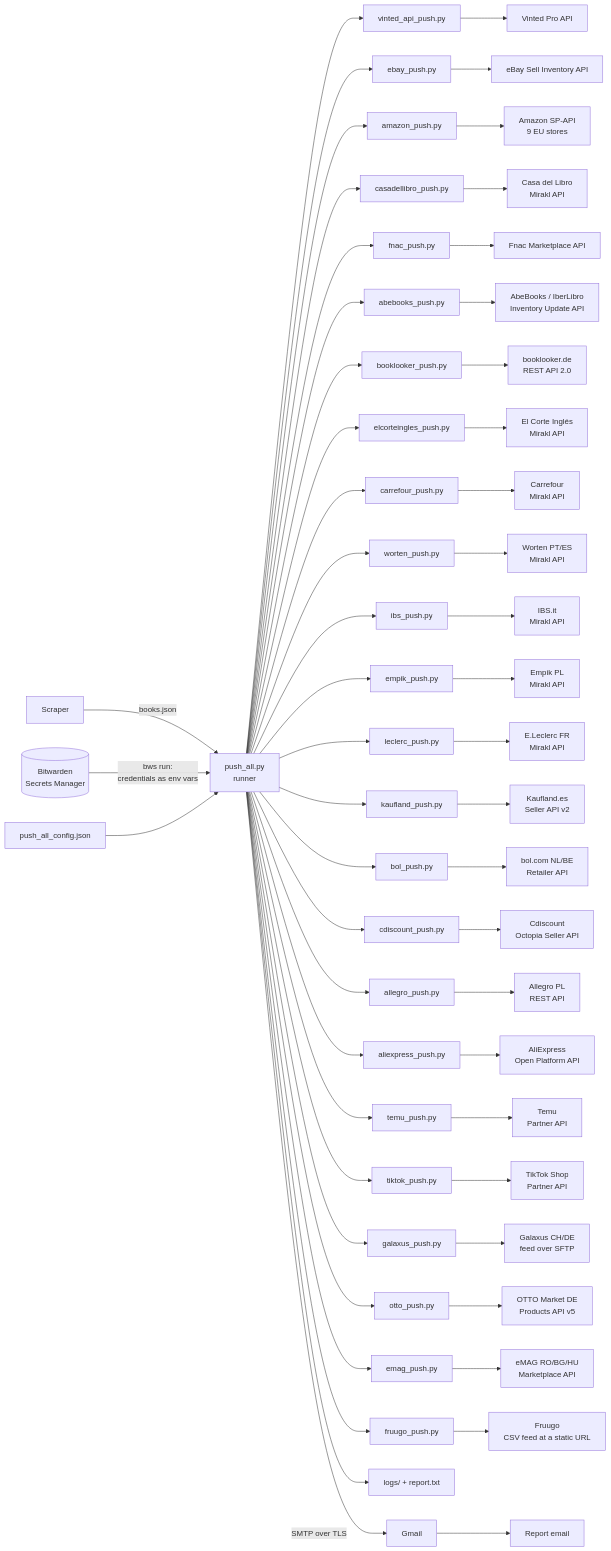
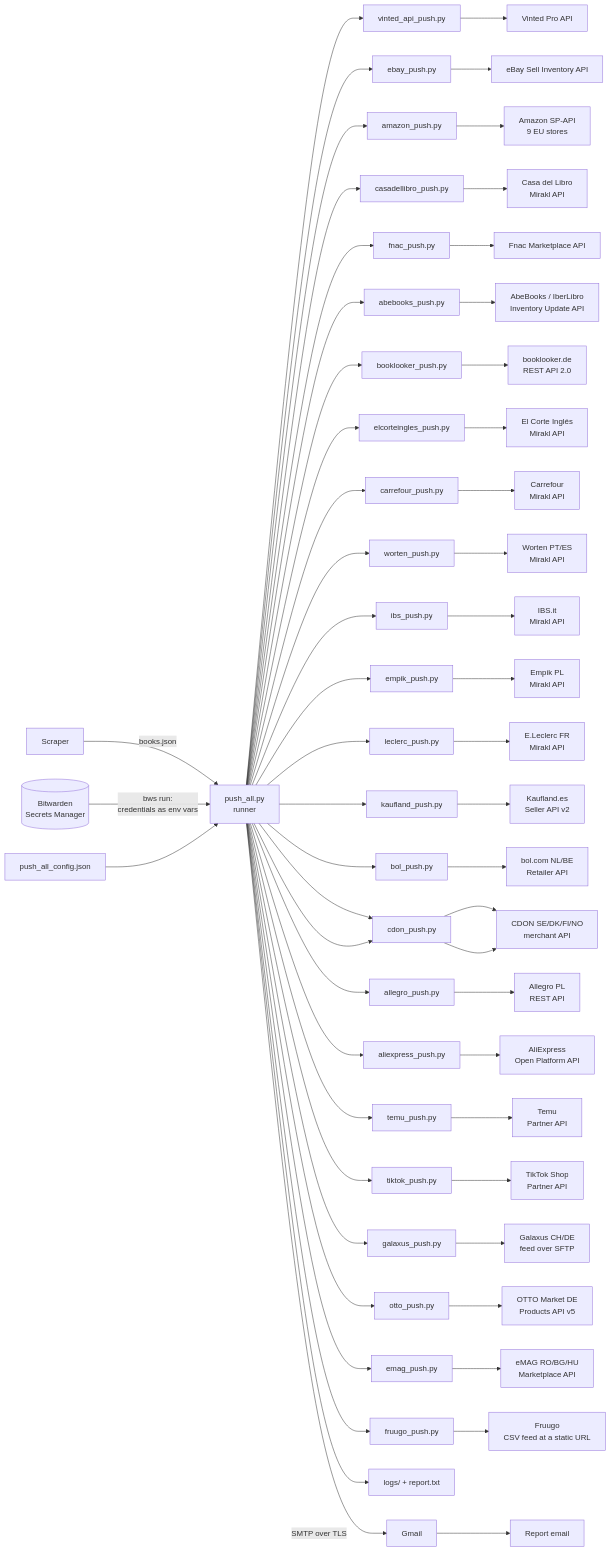
One commit to DavisGalla/products-api-push changed the diagram in docs/architecture.md. Above: the diagram before and after it, drawn with Mermaid. The commit also changed other lines of this file and 13 other files, not shown here.

Commit message:
Add CDON pusher (merchant API: bulk articles with per-market prices incl. VAT, async batch/SKU statuses, sku_already_exists takeover, price/quantity/pause/delete actions; SE/DK/FI/NO); include it in push_all, docs, architecture and capabilities PDFs

````diff
--- a/docs/architecture.md
+++ b/docs/architecture.md
@@ -29,32 +29,33 @@
 ```mermaid
 flowchart LR
     S[Scraper] -->|books.json| R
     BW[(Bitwarden<br>Secrets Manager)] -->|bws run:<br>credentials as env vars| R
     C[push_all_config.json] --> R
     R[push_all.py<br>runner] --> V[vinted_api_push.py] --> VA[Vinted Pro API]
     R --> E[ebay_push.py] --> EA[eBay Sell Inventory API]
     R --> A[amazon_push.py] --> AA[Amazon SP-API<br>9 EU stores]
     R --> CL[casadellibro_push.py] --> CLA[Casa del Libro<br>Mirakl API]
     R --> F[fnac_push.py] --> FA[Fnac Marketplace API]
     R --> AB[abebooks_push.py] --> ABA[AbeBooks / IberLibro<br>Inventory Update API]
     R --> BL[booklooker_push.py] --> BLA[booklooker.de<br>REST API 2.0]
     R --> EC[elcorteingles_push.py] --> ECA[El Corte Inglés<br>Mirakl API]
     R --> CF[carrefour_push.py] --> CFA[Carrefour<br>Mirakl API]
     R --> W[worten_push.py] --> WA[Worten PT/ES<br>Mirakl API]
     R --> IB[ibs_push.py] --> IBA[IBS.it<br>Mirakl API]
     R --> EM[empik_push.py] --> EMA[Empik PL<br>Mirakl API]
     R --> LE[leclerc_push.py] --> LEA[E.Leclerc FR<br>Mirakl API]
     R --> K[kaufland_push.py] --> KA[Kaufland.es<br>Seller API v2]
     R --> BO[bol_push.py] --> BOA[bol.com NL/BE<br>Retailer API]
     R --> CD[cdiscount_push.py] --> CDA[Cdiscount<br>Octopia Seller API]
     R --> AL[allegro_push.py] --> ALA[Allegro PL<br>REST API]
     R --> AE[aliexpress_push.py] --> AEA[AliExpress<br>Open Platform API]
     R --> TM[temu_push.py] --> TMA[Temu<br>Partner API]
     R --> TT[tiktok_push.py] --> TTA[TikTok Shop<br>Partner API]
     R --> GX[galaxus_push.py] --> GXA[Galaxus CH/DE<br>feed over SFTP]
     R --> OT[otto_push.py] --> OTA[OTTO Market DE<br>Products API v5]
     R --> EG[emag_push.py] --> EGA[eMAG RO/BG/HU<br>Marketplace API]
     R --> FR[fruugo_push.py] --> FRA[Fruugo<br>CSV feed at a static URL]
+    R --> CD[cdon_push.py] --> CDA[CDON SE/DK/FI/NO<br>merchant API]
     R --> L[logs/ + report.txt]
     R -->|SMTP over TLS| G[Gmail] --> M[Report email]
 ```
````
